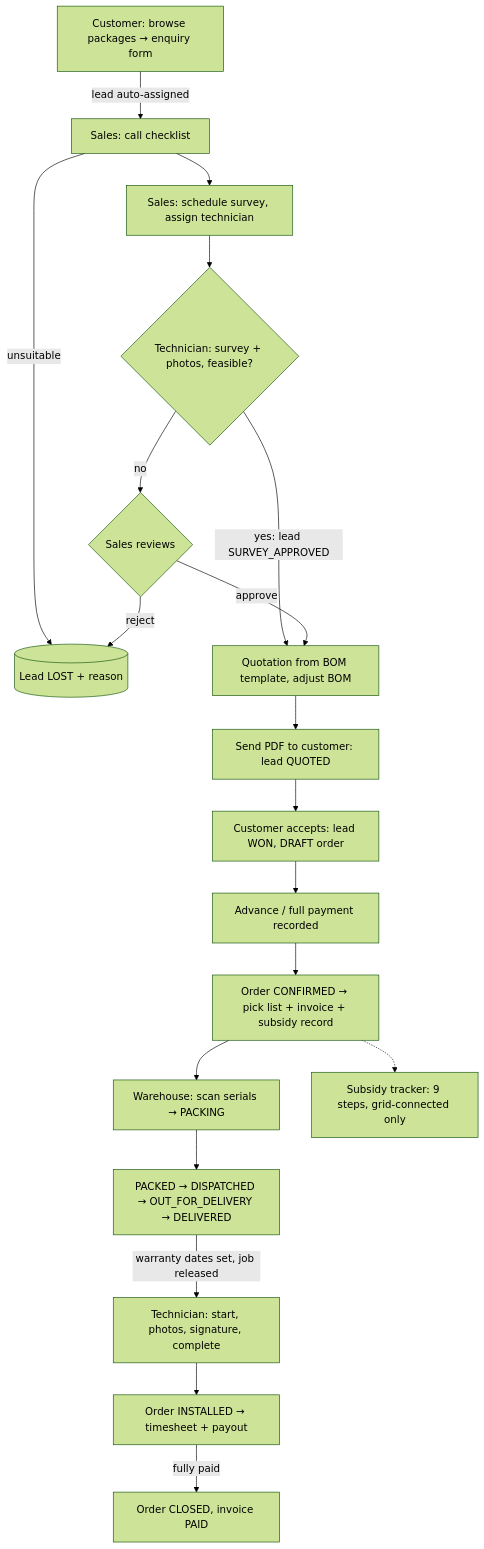
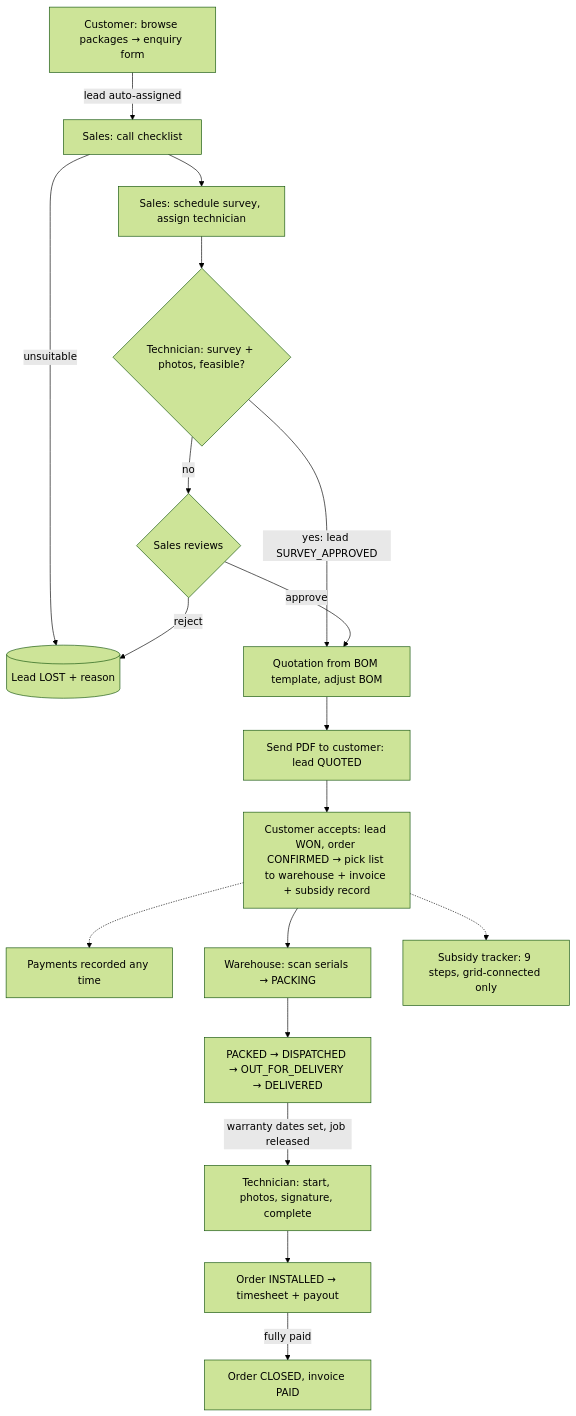
The diagram in README.md (alifosaur/RoofRay), drawn with Mermaid (forest theme) before and after one commit. The commit also changed other lines of this file and 6 other files, not shown here.

Commit message:
feat(orders): accepting a quote confirms the order and sends the pick list to the warehouse; competing quotes are rejected

````diff
--- a/README.md
+++ b/README.md
@@ -86,21 +86,20 @@
 ```mermaid
 flowchart TD
   C1[Customer: browse packages → enquiry form] -->|lead auto-assigned| S1[Sales: call checklist]
   S1 -->|unsuitable| LOST[(Lead LOST + reason)]
   S1 --> S2[Sales: schedule survey, assign technician]
   S2 --> T1{Technician: survey + photos, feasible?}
   T1 -->|yes: lead SURVEY_APPROVED| Q1[Quotation from BOM template, adjust BOM]
   T1 -->|no| S3{Sales reviews}
   S3 -->|reject| LOST
   S3 -->|approve| Q1
   Q1 --> Q2[Send PDF to customer: lead QUOTED]
-  Q2 --> Q3[Customer accepts: lead WON, DRAFT order]
-  Q3 --> P1[Advance / full payment recorded]
-  P1 --> O1[Order CONFIRMED → pick list + invoice + subsidy record]
+  Q2 --> O1[Customer accepts: lead WON, order CONFIRMED → pick list to warehouse + invoice + subsidy record]
+  O1 -.-> P1[Payments recorded any time]
   O1 --> W1[Warehouse: scan serials → PACKING]
   W1 --> W2[PACKED → DISPATCHED → OUT_FOR_DELIVERY → DELIVERED]
   W2 -->|warranty dates set, job released| T2[Technician: start, photos, signature, complete]
   T2 --> O2[Order INSTALLED → timesheet + payout]
   O2 -->|fully paid| O3[Order CLOSED, invoice PAID]
   O1 -.-> SUB[Subsidy tracker: 9 steps, grid-connected only]
 ```
````
